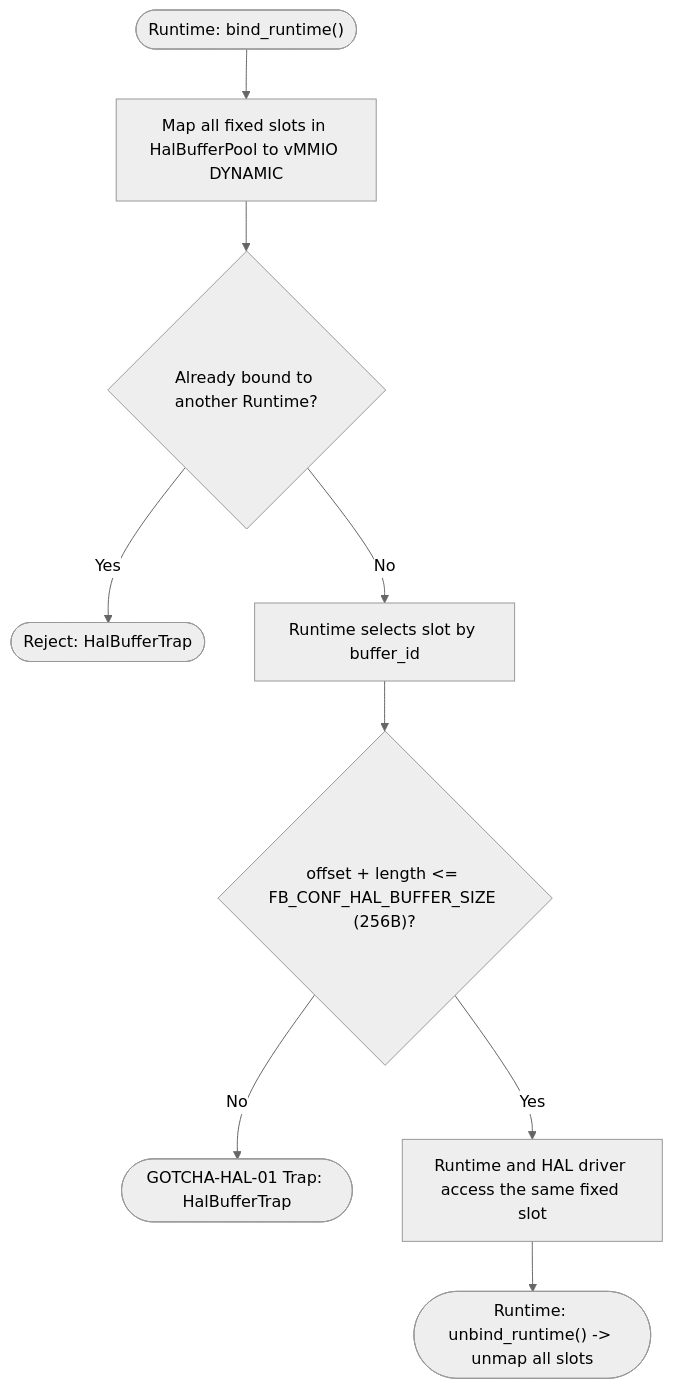
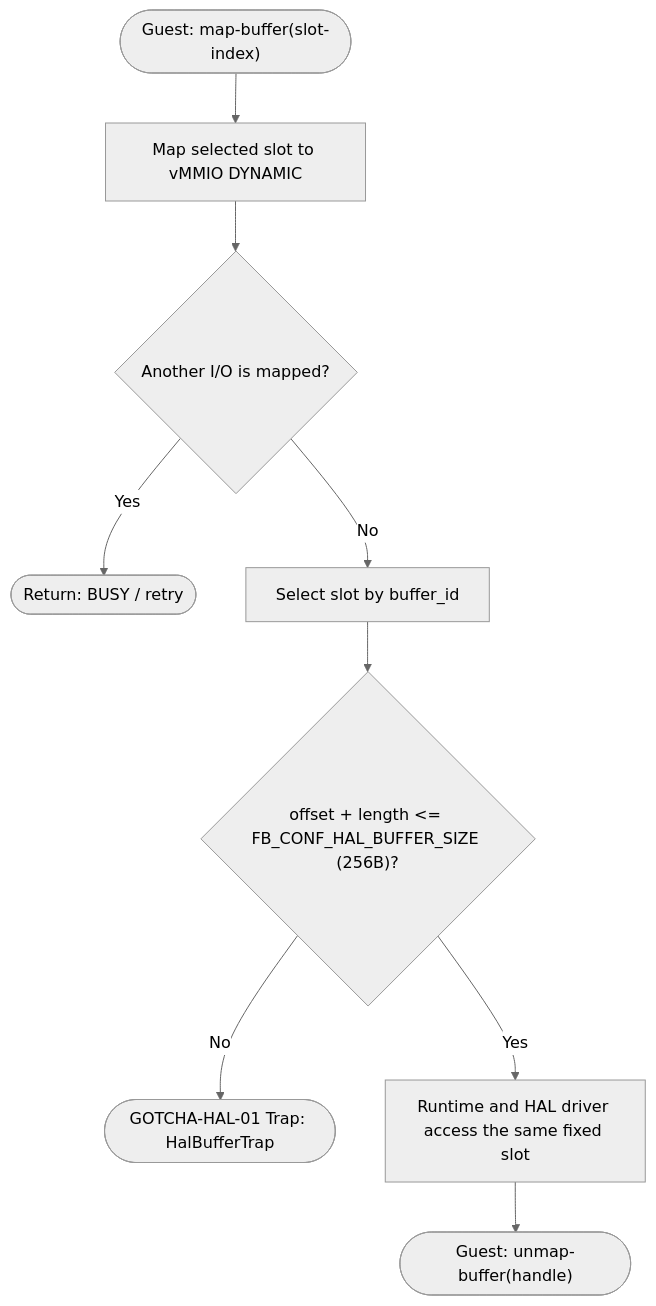
One commit to kmt-t/fireball changed the second of 4 diagrams in docs/components/tier3_platform/platform_driver.md. Above: the diagram before and after it, drawn with Mermaid (neutral theme). The commit also changed other lines of this file and 55 other files, not shown here.

Commit message:
Update project architecture and validation artifacts

````diff
--- a/docs/components/tier3_platform/platform_driver.md
+++ b/docs/components/tier3_platform/platform_driver.md
@@ -99,12 +97,12 @@
 ```mermaid
 flowchart TD
-    Start(["Runtime: bind_runtime()"])
-    Start --> MapSlots["Map all fixed slots in HalBufferPool to vMMIO DYNAMIC"]
-    MapSlots --> SingleRuntime{"Already bound to another Runtime?"}
-    SingleRuntime -- "Yes" --> Reject(["Reject: HalBufferTrap"])
-    SingleRuntime -- "No" --> Select["Runtime selects slot by buffer_id"]
+    Start(["Guest: map-buffer(slot-index)"])
+    Start --> MapSlot["Map selected slot to vMMIO DYNAMIC"]
+    MapSlot --> Busy{"Another I/O is mapped?"}
+    Busy -- "Yes" --> Reject(["Return: BUSY / retry"])
+    Busy -- "No" --> Select["Select slot by buffer_id"]
     Select --> Bounds{"offset + length <= FB_CONF_HAL_BUFFER_SIZE (256B)?"}
     Bounds -- "No" --> Trap(["GOTCHA-HAL-01 Trap: HalBufferTrap"])
     Bounds -- "Yes" --> Access["Runtime and HAL driver access the same fixed slot"]
-    Access --> Unbind(["Runtime: unbind_runtime() -> unmap all slots"])
+    Access --> Unmap(["Guest: unmap-buffer(handle)"])
 ```
````
